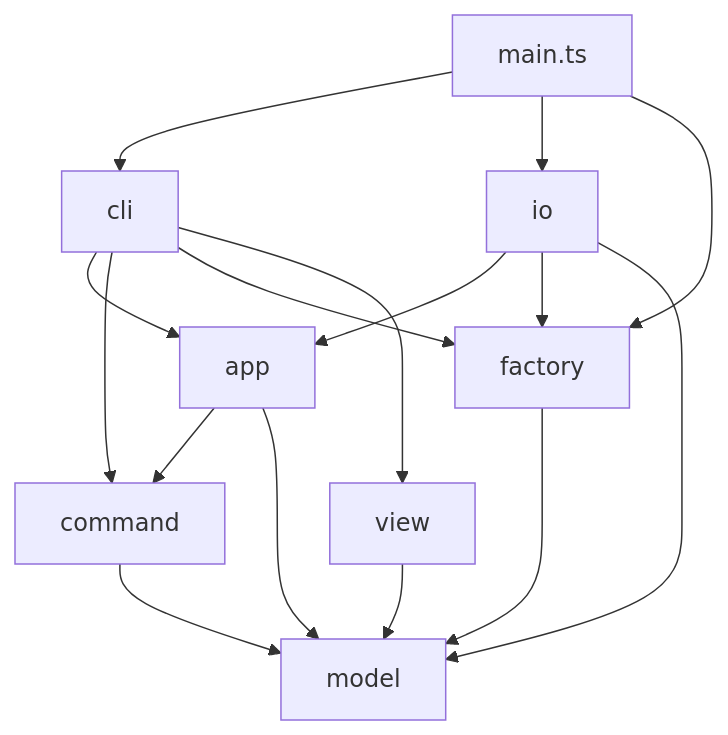
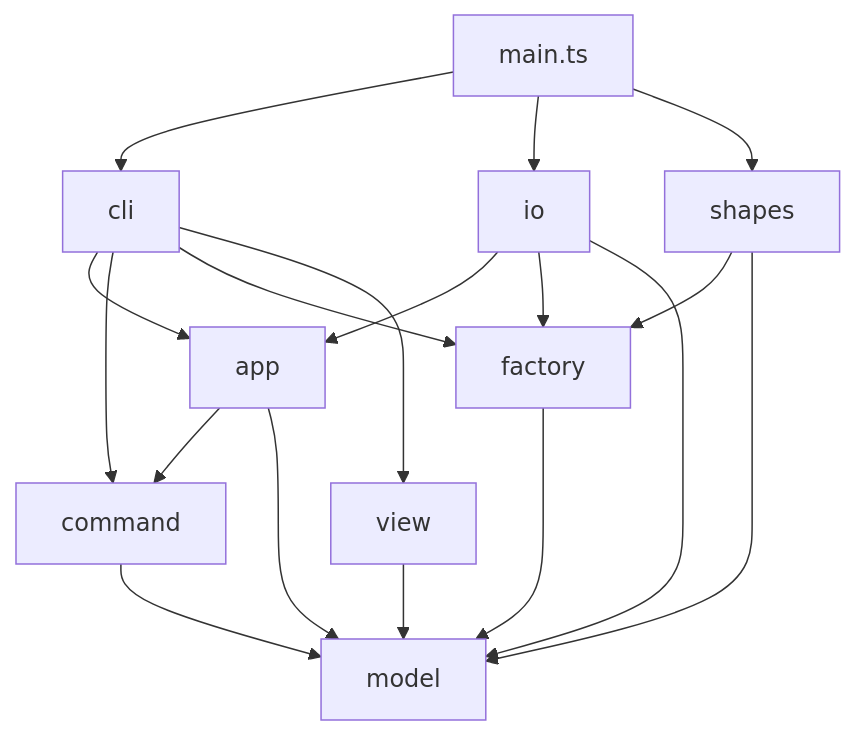
The second of 2 diagrams in doc/README.md (Sparta0404/SoftwareDesignLab), drawn with Mermaid before and after one commit. The commit also changed other lines of this file and 67 other files, not shown here.

````diff
--- a/doc/README.md
+++ b/doc/README.md
@@ -99,18 +148,20 @@
 ```mermaid
 flowchart TD
   mainEntry[main.ts] --> cli
   mainEntry --> io
-  mainEntry --> factory
+  mainEntry --> shapes
   cli --> app
   cli --> command
   cli --> factory
   cli --> view
   io --> app
   io --> factory
   io --> model
   app --> command
   app --> model
   command --> model
+  shapes --> factory
+  shapes --> model
   factory --> model
   view --> model
 ```
````
